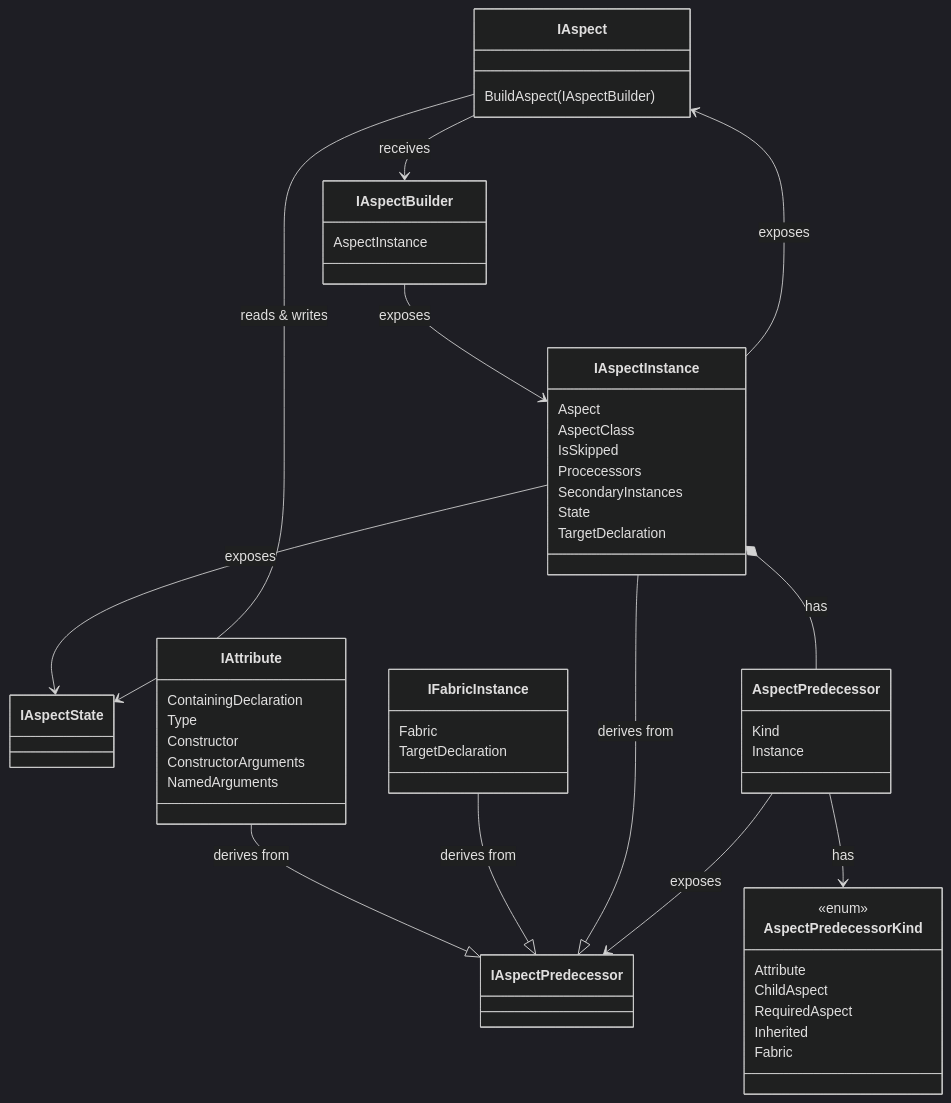
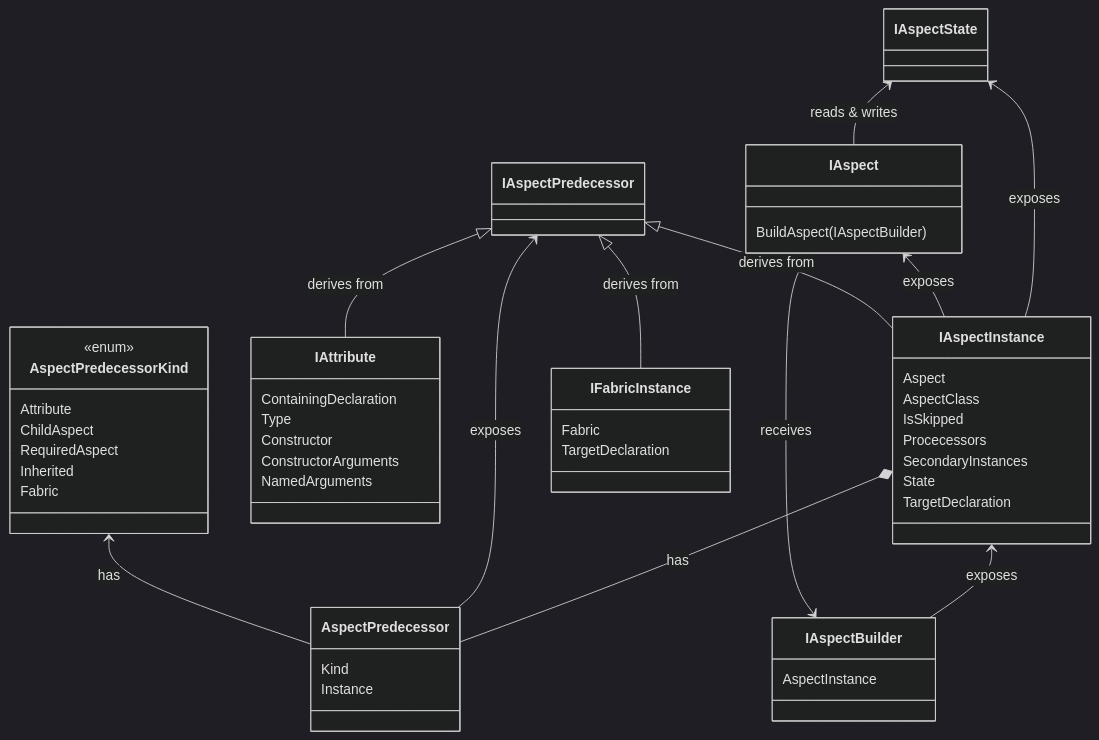
The fourth of 4 diagrams in docfx/namespaces/Metalama.Framework.Aspects.md (postsharp/Metalama.Documentation), drawn with Mermaid (dark theme) before and after one commit. The commit also changed other lines of this file and 9 other files, not shown here.

Commit message:
Improved class diagrams

````diff
--- a/docfx/namespaces/Metalama.Framework.Aspects.md
+++ b/docfx/namespaces/Metalama.Framework.Aspects.md
@@ -114,77 +113,75 @@
 ```mermaid
 classDiagram
 
-    IAspect --> IAspectBuilder : receives
-    
+   class AspectPredecessorKind {
+       <<enum>>
+       Attribute
+       ChildAspect
+       RequiredAspect
+       Inherited
+       Fabric
+   }
+
     class IAspect {
         BuildAspect(IAspectBuilder)
     }
     
     class IAspectBuilder {
         AspectInstance
     }
 
     class  IAspectState {
 
     }
 
     class IAttribute {
         ContainingDeclaration
         Type
         Constructor
         ConstructorArguments
         NamedArguments
     }
 
-    IAspectBuilder --> IAspectInstance : exposes
+    IAspectInstance <-- IAspectBuilder : exposes
 
-    IAttribute --|> IAspectPredecessor : derives from
+    IAspectBuilder <-- IAspect : receives
+    
+    IAspectPredecessor <|-- IAttribute : derives from
 
-    IFabricInstance --|> IAspectPredecessor : derives from
+    IAspectPredecessor <|-- IFabricInstance : derives from
 
     class IAspectPredecessor {
 
     }
 
     class IFabricInstance {
         Fabric
         TargetDeclaration
     }
-
-    IAspectInstance --|> IAspectPredecessor : derives from
 
    class IAspectInstance {
        Aspect
        AspectClass
        IsSkipped
        Procecessors
        SecondaryInstances
        State
        TargetDeclaration
    }
 
-    IAspectInstance --> IAspectState : exposes
-    IAspectInstance --> IAspect : exposes
-    IAspect --> IAspectState : reads & writes
+    IAspectState <-- IAspectInstance : exposes
+    IAspect <-- IAspectInstance : exposes
+    IAspectPredecessor <|-- IAspectInstance : derives from
+    IAspectState <-- IAspect : reads & writes
 
    IAspectInstance *-- AspectPredecessor : has
 
    class AspectPredecessor {
        Kind
        Instance
    }
 
-   AspectPredecessor --> IAspectPredecessor : exposes
-   AspectPredecessor --> AspectPredecessorKind : has
-
-   class AspectPredecessorKind {
-       <<enum>>
-       Attribute
-       ChildAspect
-       RequiredAspect
-       Inherited
-       Fabric
-   }
-
+   IAspectPredecessor <-- AspectPredecessor : exposes
+   AspectPredecessorKind <-- AspectPredecessor : has
    
 ```
````
